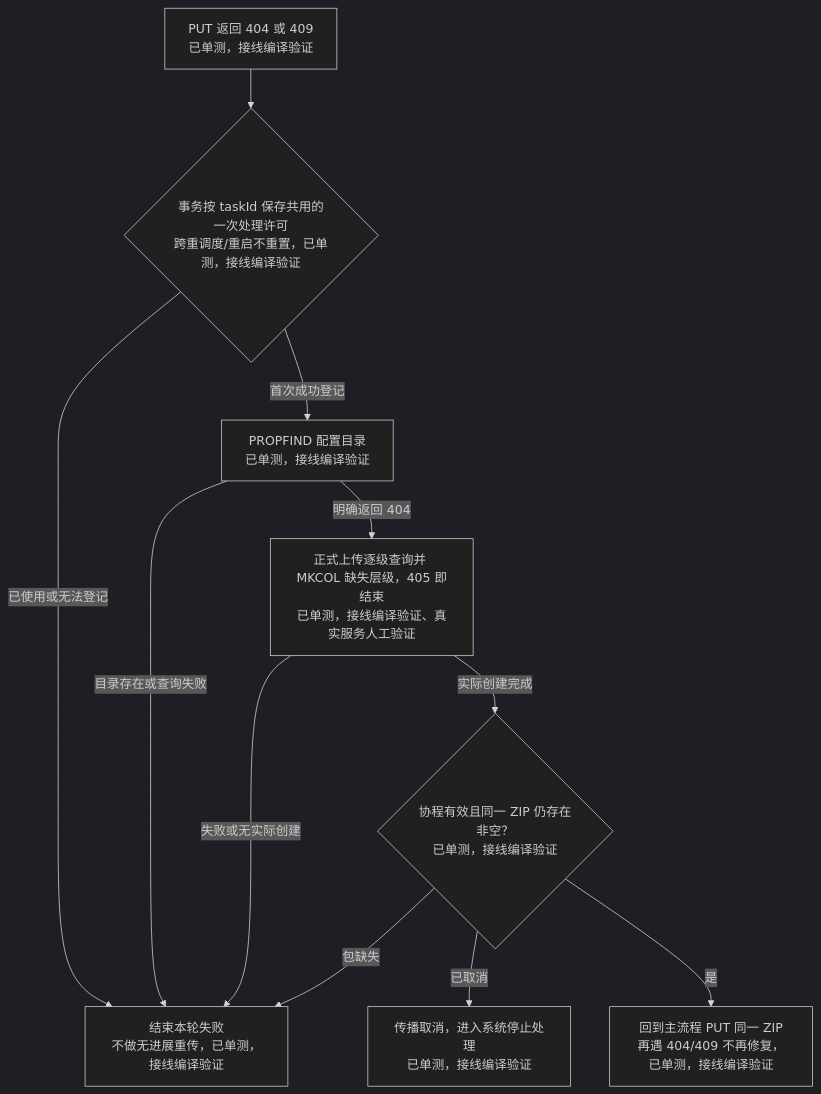
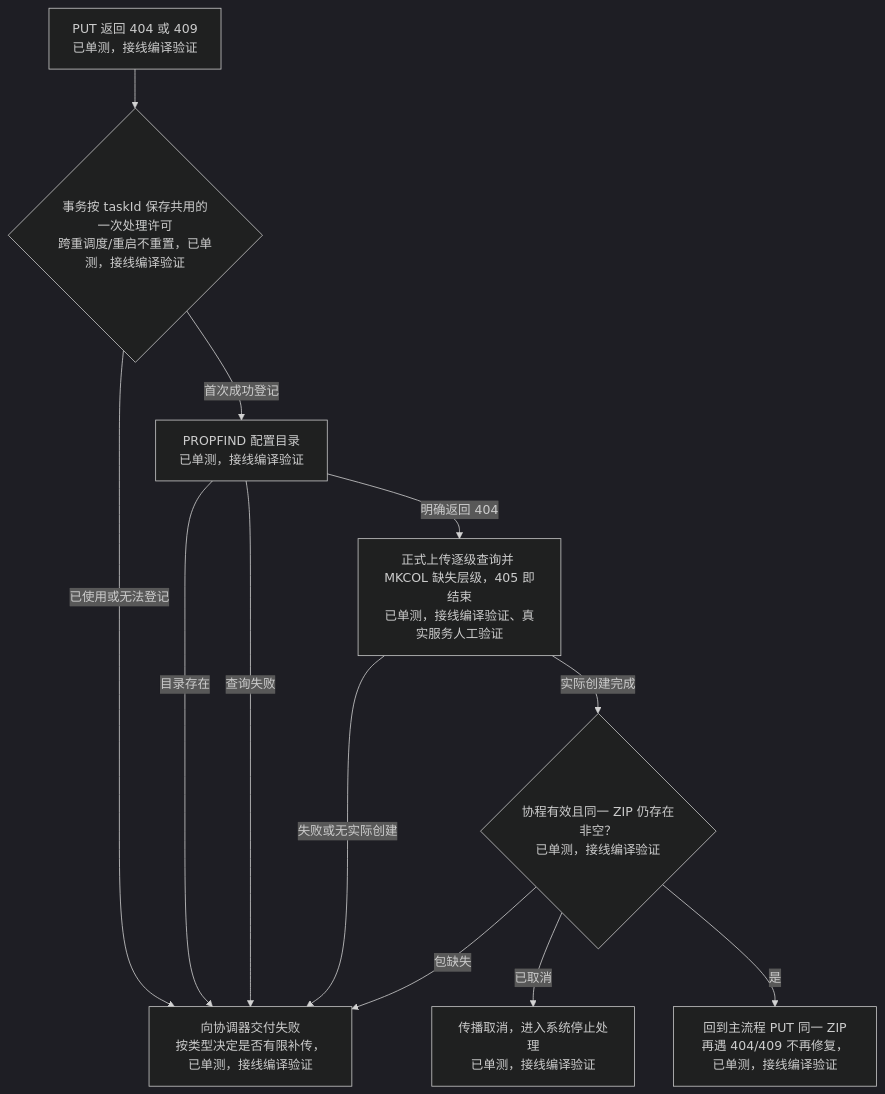
One commit to lwcla/ClipMaster changed the fifth of 15 diagrams in docs/webdav_backup_plan.md. Above: the diagram before and after it, drawn with Mermaid (dark theme). The commit also changed other lines of this file and 25 other files, not shown here.

````diff
--- a/docs/webdav_backup_plan.md
+++ b/docs/webdav_backup_plan.md
@@ -1157,14 +1321,15 @@
 ```mermaid
 %% title: 当前实现：目录缺失修复
 flowchart TD
     Candidate["PUT 返回 404 或 409<br/>已单测，接线编译验证"] --> Claim{"事务按 taskId 保存共用的一次处理许可<br/>跨重调度/重启不重置，已单测，接线编译验证"}
     Claim -->|首次成功登记| Query["PROPFIND 配置目录<br/>已单测，接线编译验证"]
     Claim -->|已使用或无法登记| Failed
-    Query -->|目录存在或查询失败| Failed["结束本轮失败<br/>不做无进展重传，已单测，接线编译验证"]
+    Query -->|目录存在| Failed["向协调器交付失败<br/>按类型决定是否有限补传，已单测，接线编译验证"]
+    Query -->|查询失败| Failed
     Query -->|明确返回 404| Create["正式上传逐级查询并 MKCOL 缺失层级，405 即结束<br/>已单测，接线编译验证、真实服务人工验证"]
     Create -->|失败或无实际创建| Failed
     Create -->|实际创建完成| Check{"协程有效且同一 ZIP 仍存在非空？<br/>已单测，接线编译验证"}
     Check -->|包缺失| Failed
     Check -->|已取消| Stop["传播取消，进入系统停止处理<br/>已单测，接线编译验证"]
     Check -->|是| Retry["回到主流程 PUT 同一 ZIP<br/>再遇 404/409 不再修复，已单测，接线编译验证"]
 ```
````
